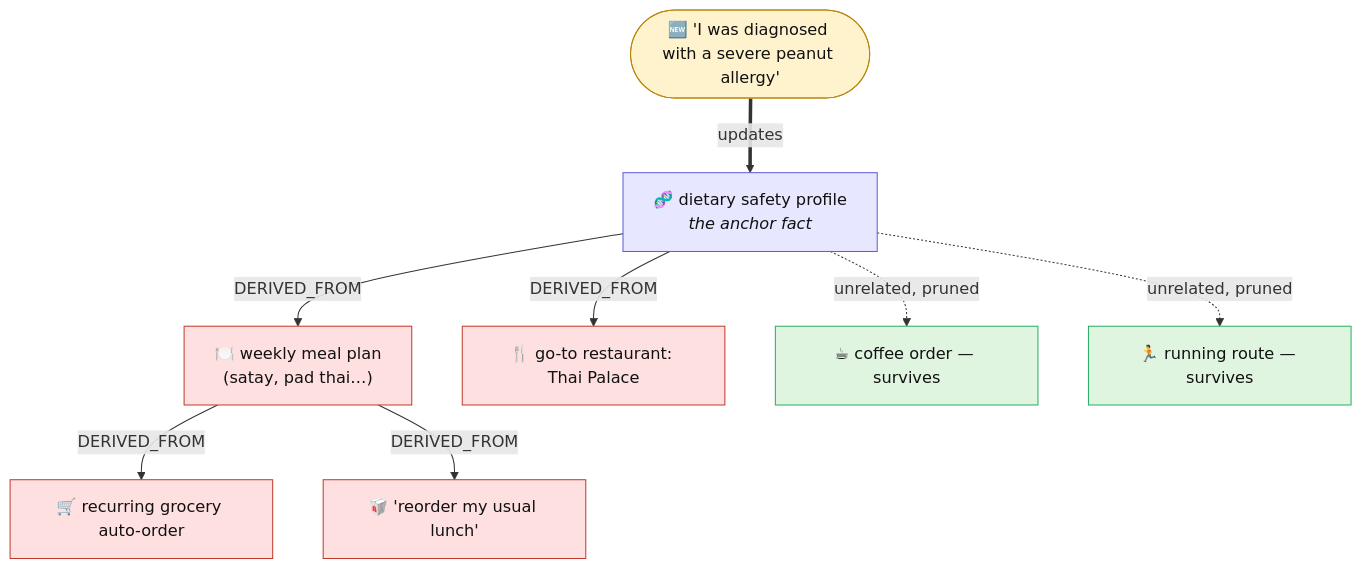
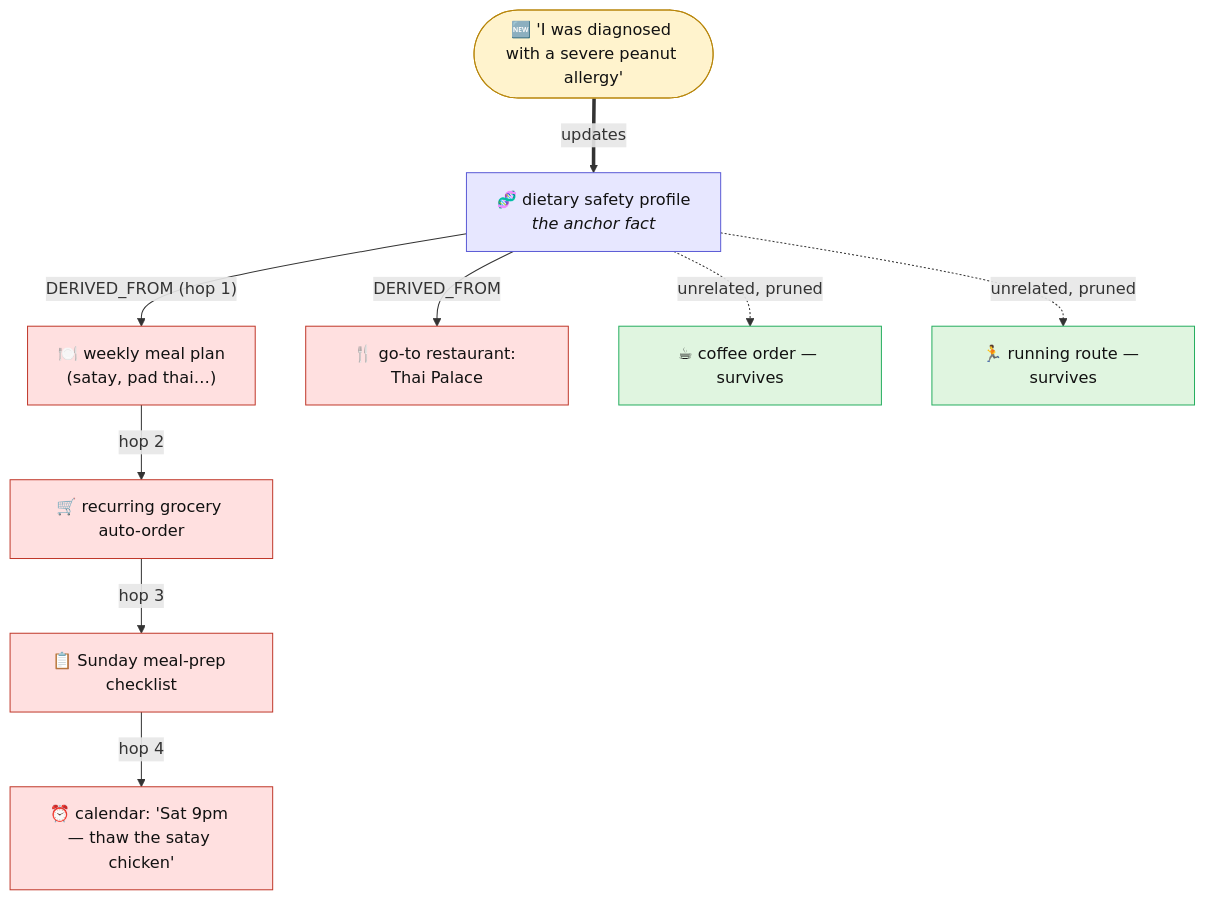
One commit to rdarshan10/GEM changed the diagram in README.md. Above: the diagram before and after it, drawn with Mermaid. The commit also changed other lines of this file, not shown here.

````diff
--- a/README.md
+++ b/README.md
@@ -25,18 +25,20 @@
 ```mermaid
 flowchart TD
     T(["🆕 'I was diagnosed with a severe peanut allergy'"]):::trig
     T ==>|updates| A["🧬 dietary safety profile<br/><i>the anchor fact</i>"]:::anchor
 
-    A -->|DERIVED_FROM| M["🍽️ weekly meal plan<br/>(satay, pad thai…)"]:::stale
+    A -->|"DERIVED_FROM (hop 1)"| M["🍽️ weekly meal plan<br/>(satay, pad thai…)"]:::stale
+    M -->|"hop 2"| G["🛒 recurring grocery auto-order"]:::stale
+    G -->|"hop 3"| P["📋 Sunday meal-prep checklist"]:::stale
+    P -->|"hop 4"| C["⏰ calendar: 'Sat 9pm — thaw the satay chicken'"]:::stale
+
     A -->|DERIVED_FROM| R["🍴 go-to restaurant: Thai Palace"]:::stale
-    M -->|DERIVED_FROM| G["🛒 recurring grocery auto-order"]:::stale
-    M -->|DERIVED_FROM| L["🥡 'reorder my usual lunch'"]:::stale
 
     A -. unrelated, pruned .-> K1["☕ coffee order — survives"]:::keep
     A -. unrelated, pruned .-> K2["🏃 running route — survives"]:::keep
 
     classDef trig fill:#fff3cd,stroke:#b8860b,color:#111;
     classDef anchor fill:#e7e7ff,stroke:#5b5bd6,color:#111;
     classDef stale fill:#ffe0e0,stroke:#c0392b,color:#111;
     classDef keep fill:#e0f5e0,stroke:#27ae60,color:#111;
 ```
````
